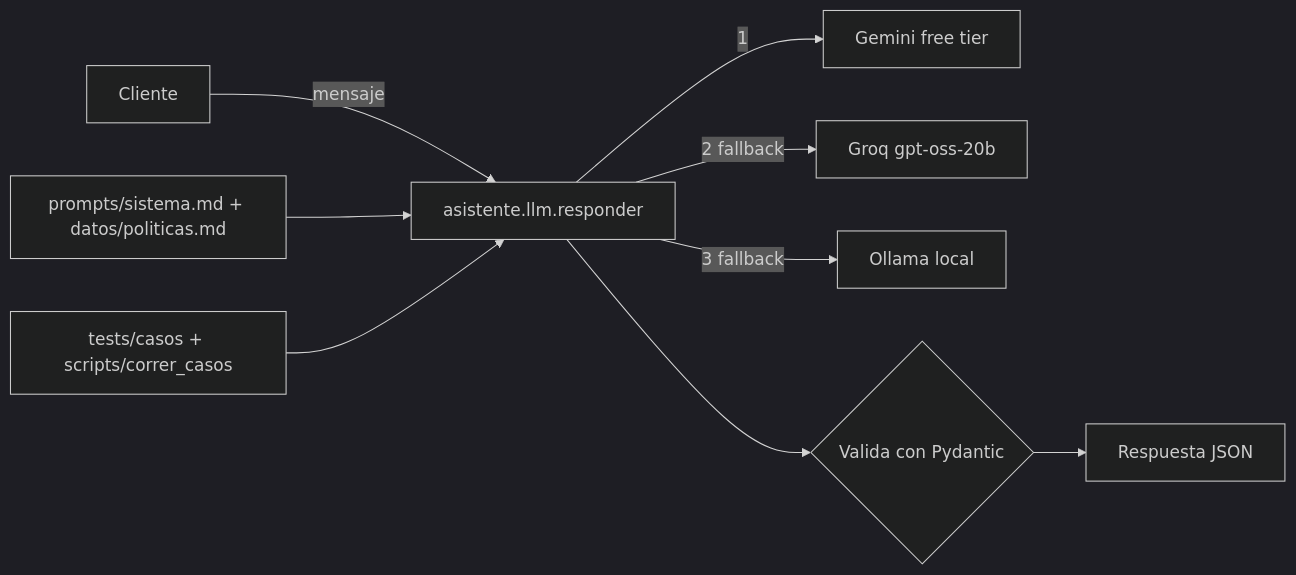
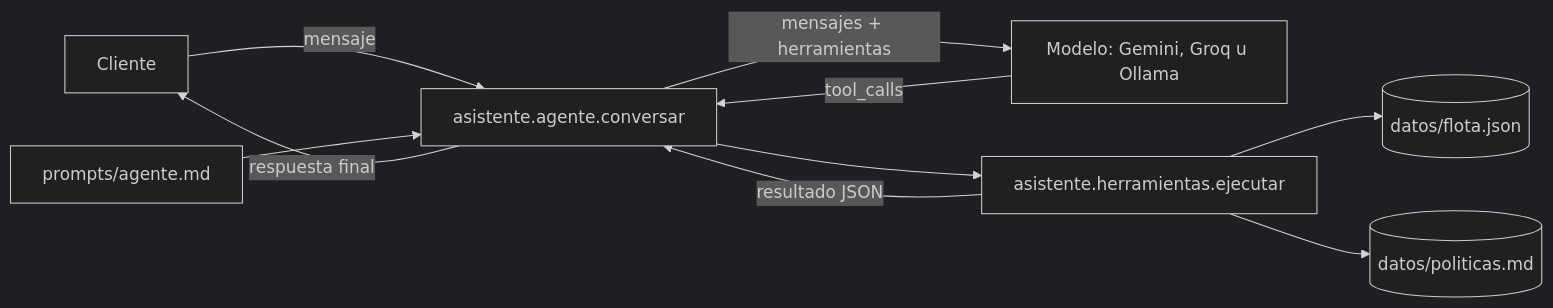
The diagram in README.md (JaimeLopezGarrido/asistente-flota-mcp), drawn with Mermaid (dark theme) before and after one commit. The commit also changed other lines of this file and 11 other files, not shown here.

First line of the commit message:
Leccion/L03: agente con tool use sobre la flota (#9)

````diff
--- a/README.md
+++ b/README.md
@@ -18,11 +18,12 @@
 ```mermaid
 flowchart LR
-  C[Cliente] -->|mensaje| A[asistente.llm.responder]
-  P[prompts/sistema.md + datos/politicas.md] --> A
-  A -->|1| G[Gemini free tier]
-  A -->|2 fallback| Q[Groq gpt-oss-20b]
-  A -->|3 fallback| O[Ollama local]
-  A --> V{Valida con Pydantic}
-  V --> R[Respuesta JSON]
-  T[tests/casos + scripts/correr_casos] --> A
+  C[Cliente] -->|mensaje| A[asistente.agente.conversar]
+  I[prompts/agente.md] --> A
+  A -->|mensajes + herramientas| M[Modelo: Gemini, Groq u Ollama]
+  M -->|tool_calls| A
+  A --> H[asistente.herramientas.ejecutar]
+  H --> FL[(datos/flota.json)]
+  H --> PO[(datos/politicas.md)]
+  H -->|resultado JSON| A
+  A -->|respuesta final| C
 ```
````
